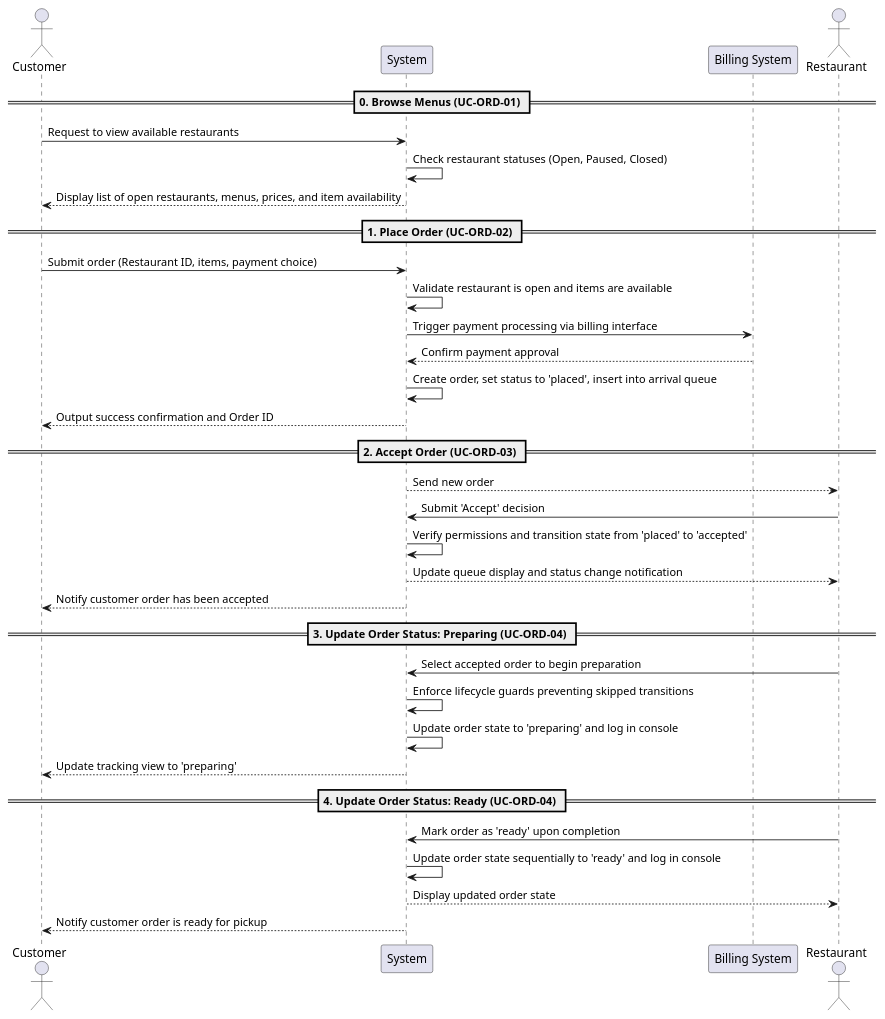
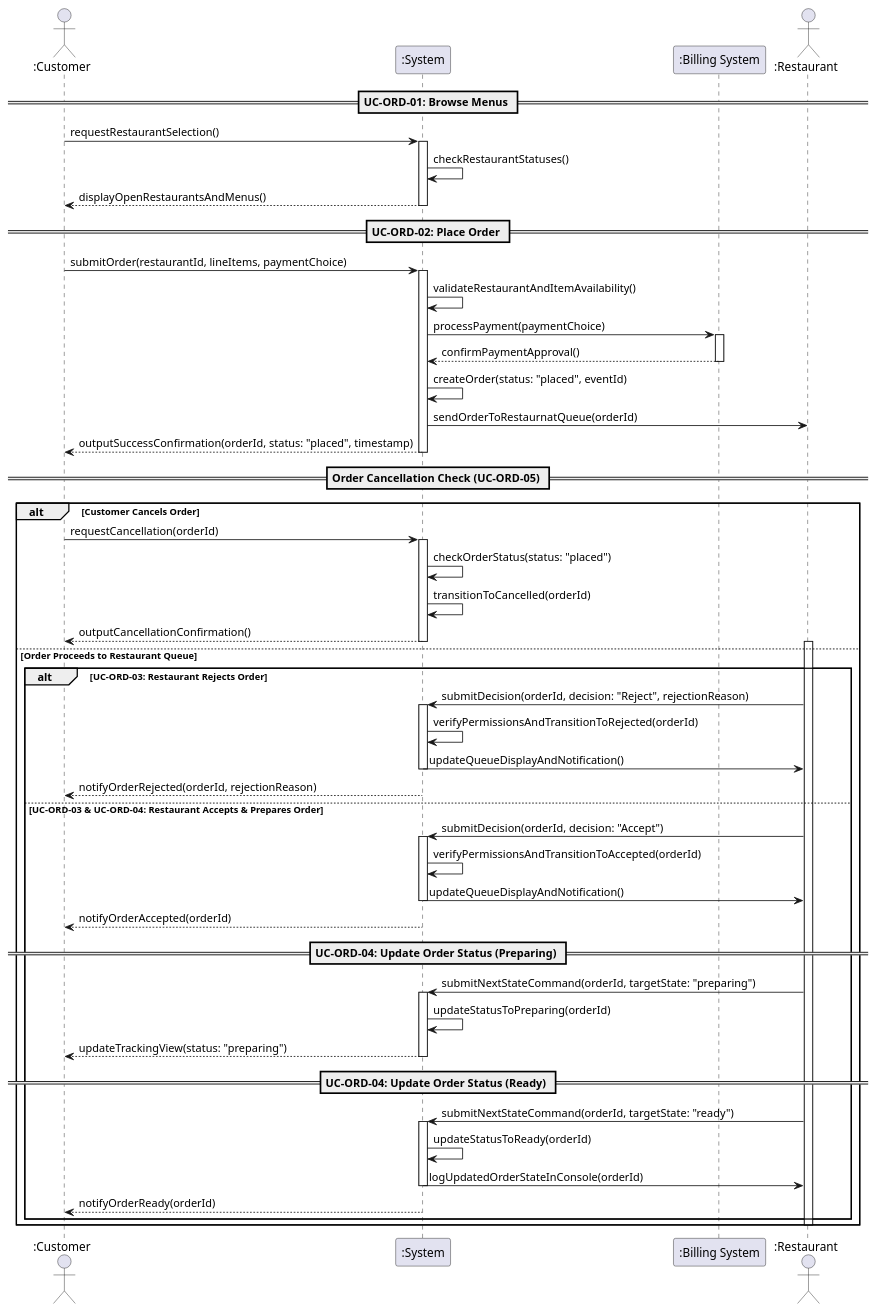
One commit to AnaisPerron/SOEN343-Council changed the diagram in Documents/Diagrams/sequence-diagram/sequenceDiagram.puml. Above: the diagram before and after it, drawn with PlantUML. The commit also changed 1 other file, not shown here.

Commit message:
Corrected sequance diagram based on the PR review

```diff
--- a/Documents/Diagrams/sequence-diagram/sequenceDiagram.puml
+++ b/Documents/Diagrams/sequence-diagram/sequenceDiagram.puml
@@ -1,38 +1,72 @@
 @startuml
-actor Customer
-participant "System" as System
-participant "Billing System" as Billing
-actor "Restaurant" as Restaurant
+actor ":Customer" as Customer
+participant ":System" as System
+participant ":Billing System" as Billing
+actor ":Restaurant" as Restaurant
 
-== 0. Browse Menus (UC-ORD-01) ==
-Customer -> System: Request to view available restaurants
-System -> System: Check restaurant statuses (Open, Paused, Closed)
-System --> Customer: Display list of open restaurants, menus, prices, and item availability
+== UC-ORD-01: Browse Menus ==
+Customer -> System: requestRestaurantSelection()
+activate System
+System -> System: checkRestaurantStatuses()
+System --> Customer: displayOpenRestaurantsAndMenus()
+deactivate System
 
-== 1. Place Order (UC-ORD-02) ==
-Customer -> System: Submit order (Restaurant ID, items, payment choice)
-System -> System: Validate restaurant is open and items are available
-System -> Billing: Trigger payment processing via billing interface
-Billing --> System: Confirm payment approval
-System -> System: Create order, set status to 'placed', insert into arrival queue
-System --> Customer: Output success confirmation and Order ID
+== UC-ORD-02: Place Order ==
+Customer -> System: submitOrder(restaurantId, lineItems, paymentChoice)
+activate System
+System -> System: validateRestaurantAndItemAvailability()
+System -> Billing: processPayment(paymentChoice)
+activate Billing
+Billing --> System: confirmPaymentApproval()
+deactivate Billing
+System -> System: createOrder(status: "placed", eventId)
+System -> Restaurant: sendOrderToRestaurnatQueue(orderId)
+System --> Customer: outputSuccessConfirmation(orderId, status: "placed", timestamp)
+deactivate System
 
-== 2. Accept Order (UC-ORD-03) ==
-System --> Restaurant: Send new order
-Restaurant -> System: Submit 'Accept' decision
-System -> System: Verify permissions and transition state from 'placed' to 'accepted'
-System --> Restaurant: Update queue display and status change notification
-System --> Customer: Notify customer order has been accepted
+== Order Cancellation Check (UC-ORD-05) ==
+alt Customer Cancels Order
+    Customer -> System: requestCancellation(orderId)
+    activate System
+    System -> System: checkOrderStatus(status: "placed")
+    System -> System: transitionToCancelled(orderId)
+    System --> Customer: outputCancellationConfirmation()
+    deactivate System
 
-== 3. Update Order Status: Preparing (UC-ORD-04) ==
-Restaurant -> System: Select accepted order to begin preparation
-System -> System: Enforce lifecycle guards preventing skipped transitions
-System -> System: Update order state to 'preparing' and log in console
-System --> Customer: Update tracking view to 'preparing'
+else Order Proceeds to Restaurant Queue
+    activate Restaurant
 
-== 4. Update Order Status: Ready (UC-ORD-04) ==
-Restaurant -> System: Mark order as 'ready' upon completion
-System -> System: Update order state sequentially to 'ready' and log in console
-System --> Restaurant: Display updated order state
-System --> Customer: Notify customer order is ready for pickup
+    alt UC-ORD-03: Restaurant Rejects Order
+        Restaurant -> System: submitDecision(orderId, decision: "Reject", rejectionReason)
+        activate System
+        System -> System: verifyPermissionsAndTransitionToRejected(orderId)
+        System -> Restaurant: updateQueueDisplayAndNotification()
+        deactivate System
+        System --> Customer: notifyOrderRejected(orderId, rejectionReason)
+
+    else UC-ORD-03 & UC-ORD-04: Restaurant Accepts & Prepares Order
+        Restaurant -> System: submitDecision(orderId, decision: "Accept")
+        activate System
+        System -> System: verifyPermissionsAndTransitionToAccepted(orderId)
+        System -> Restaurant: updateQueueDisplayAndNotification()
+        deactivate System
+        System --> Customer: notifyOrderAccepted(orderId)
+
+        == UC-ORD-04: Update Order Status (Preparing) ==
+        Restaurant -> System: submitNextStateCommand(orderId, targetState: "preparing")
+        activate System
+        System -> System: updateStatusToPreparing(orderId)
+        System --> Customer: updateTrackingView(status: "preparing")
+        deactivate System
+
+        == UC-ORD-04: Update Order Status (Ready) ==
+        Restaurant -> System: submitNextStateCommand(orderId, targetState: "ready")
+        activate System
+        System -> System: updateStatusToReady(orderId)
+        System -> Restaurant: logUpdatedOrderStateInConsole(orderId)
+        deactivate System
+        System --> Customer: notifyOrderReady(orderId)
+    end
+    deactivate Restaurant
+end
 @enduml
```
